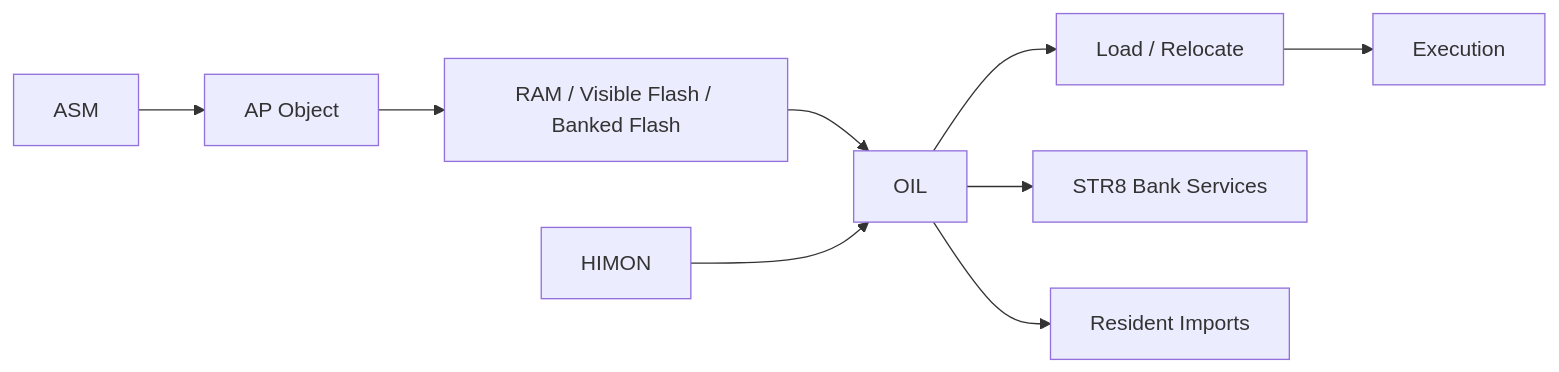
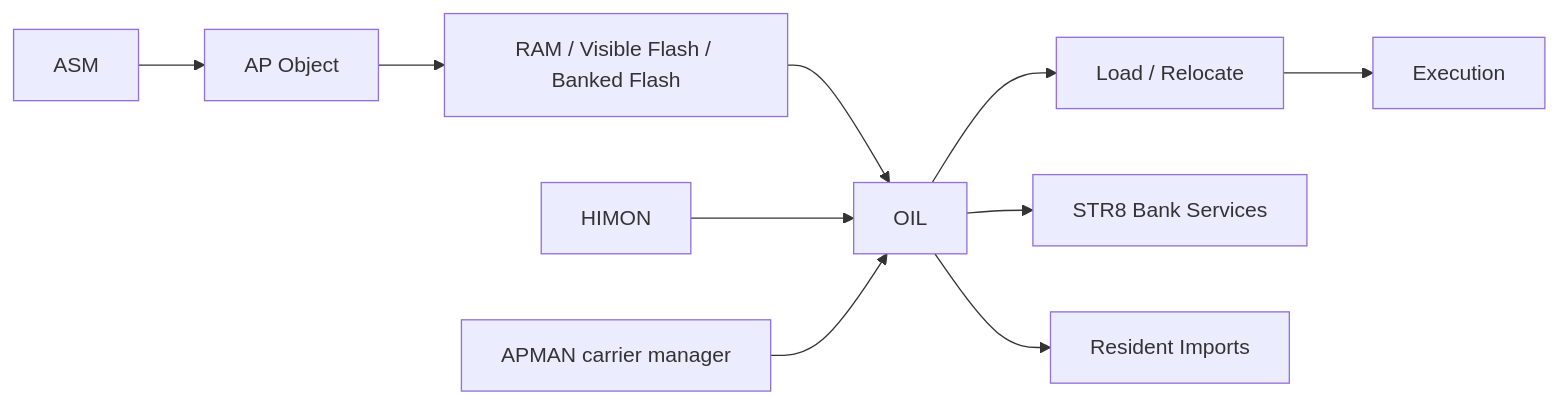
The second of 19 diagrams in DOC/GUIDES/HIMON/HIMON_MAP.md (95westus/R-YORS), drawn with Mermaid before and after one commit. The commit also changed other lines of this file and 29 other files, not shown here.

````diff
--- a/DOC/GUIDES/HIMON/HIMON_MAP.md
+++ b/DOC/GUIDES/HIMON/HIMON_MAP.md
@@ -52,11 +55,12 @@
 ```mermaid
 flowchart LR
     ASM[ASM] --> AP[AP Object]
     STORE[RAM / Visible Flash / Banked Flash] --> OIL[OIL]
     AP --> STORE
     HIMON[HIMON] --> OIL
+    APMAN[APMAN carrier manager] --> OIL
     OIL --> LOAD[Load / Relocate]
     OIL --> STR8[STR8 Bank Services]
     OIL --> RJOIN[Resident Imports]
     LOAD --> RUN[Execution]
 ```
````
